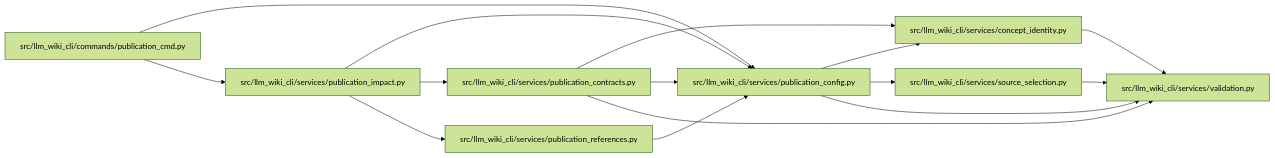
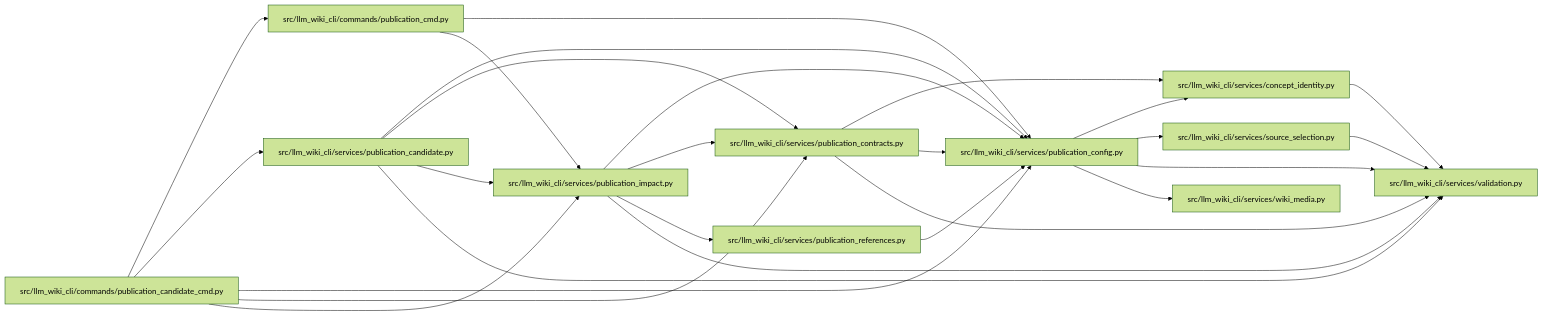
The diagram in docs/llm_wiki/modules/publication_config.md (Denissvgn/python-wiki-llm), drawn with Mermaid (forest theme) before and after one commit. The commit also changed other lines of this file and 318 other files, not shown here.

````diff
--- a/docs/llm_wiki/modules/publication_config.md
+++ b/docs/llm_wiki/modules/publication_config.md
@@ -34,33 +36,50 @@
 ```mermaid
 flowchart LR
-    n0["src/llm_wiki_cli/commands/publication_cmd.py"]
-    n1["src/llm_wiki_cli/services/concept_identity.py"]
-    n2["src/llm_wiki_cli/services/publication_config.py"]
-    n3["src/llm_wiki_cli/services/publication_contracts.py"]
-    n4["src/llm_wiki_cli/services/publication_impact.py"]
-    n5["src/llm_wiki_cli/services/publication_references.py"]
-    n6["src/llm_wiki_cli/services/source_selection.py"]
-    n7["src/llm_wiki_cli/services/validation.py"]
-    n0 --> n2
+    n0["src/llm_wiki_cli/commands/publication_candidate_cmd.py"]
+    n1["src/llm_wiki_cli/commands/publication_cmd.py"]
+    n2["src/llm_wiki_cli/services/concept_identity.py"]
+    n3["src/llm_wiki_cli/services/publication_candidate.py"]
+    n4["src/llm_wiki_cli/services/publication_config.py"]
+    n5["src/llm_wiki_cli/services/publication_contracts.py"]
+    n6["src/llm_wiki_cli/services/publication_impact.py"]
+    n7["src/llm_wiki_cli/services/publication_references.py"]
+    n8["src/llm_wiki_cli/services/source_selection.py"]
+    n9["src/llm_wiki_cli/services/validation.py"]
+    n10["src/llm_wiki_cli/services/wiki_media.py"]
+    n0 --> n1
+    n0 --> n3
     n0 --> n4
-    n1 --> n7
-    n2 --> n1
-    n2 --> n6
-    n2 --> n7
-    n3 --> n1
-    n3 --> n2
-    n3 --> n7
+    n0 --> n5
+    n0 --> n6
+    n1 --> n4
+    n1 --> n6
+    n2 --> n9
+    n3 --> n4
+    n3 --> n5
+    n3 --> n6
+    n3 --> n9
     n4 --> n2
-    n4 --> n3
-    n4 --> n5
+    n4 --> n8
+    n4 --> n9
+    n4 --> n10
     n5 --> n2
+    n5 --> n4
+    n5 --> n9
+    n6 --> n4
+    n6 --> n5
     n6 --> n7
-    click n0 "../modules/publication_cmd.md"
-    click n1 "../modules/concept_identity.md"
-    click n2 "../modules/publication_config.md"
-    click n3 "../modules/publication_contracts.md"
-    click n4 "../modules/publication_impact.md"
-    click n5 "../modules/publication_references.md"
-    click n6 "../modules/source_selection.md"
-    click n7 "../modules/validation.md"
+    n6 --> n9
+    n7 --> n4
+    n8 --> n9
+    click n0 "../modules/publication_candidate_cmd.md"
+    click n1 "../modules/publication_cmd.md"
+    click n2 "../modules/concept_identity.md"
+    click n3 "../modules/publication_candidate.md"
+    click n4 "../modules/publication_config.md"
+    click n5 "../modules/publication_contracts.md"
+    click n6 "../modules/publication_impact.md"
+    click n7 "../modules/publication_references.md"
+    click n8 "../modules/source_selection.md"
+    click n9 "../modules/validation.md"
+    click n10 "../modules/wiki_media.md"
 ```
````
